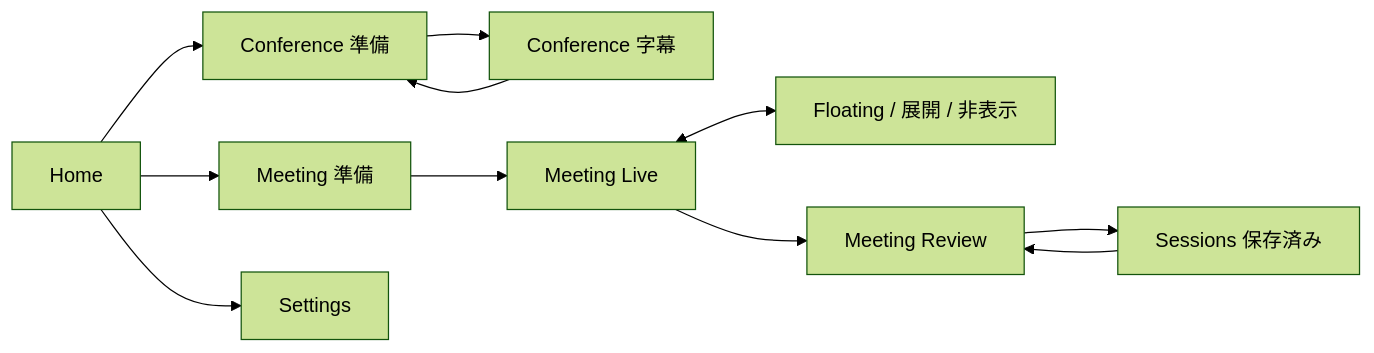
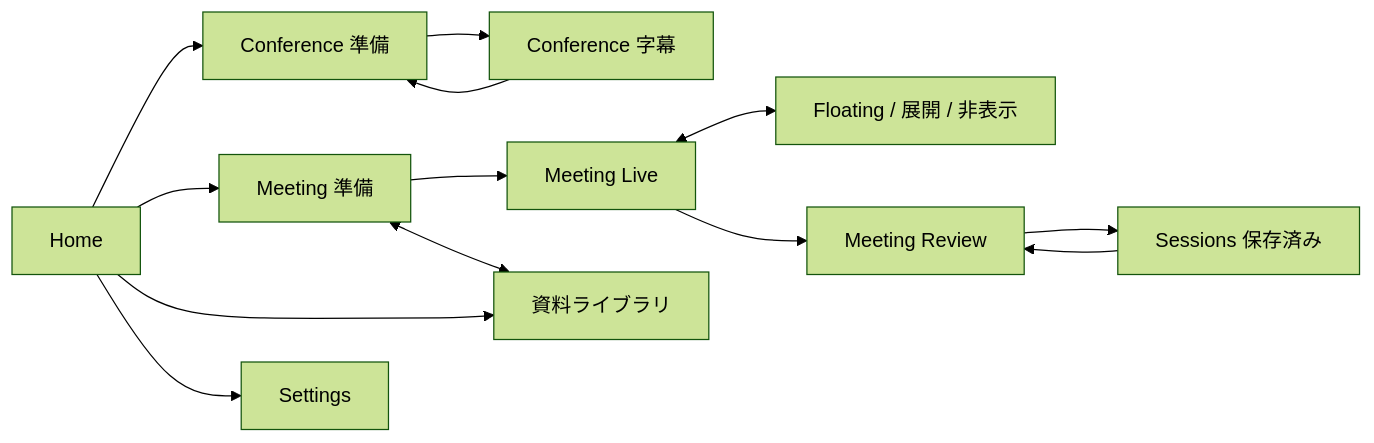
The diagram in docs/design/app-information-architecture.md (Ryuta1346/conflingo), drawn with Mermaid (forest theme) before and after one commit. The commit also changed other lines of this file and 27 other files, not shown here.

````diff
--- a/docs/design/app-information-architecture.md
+++ b/docs/design/app-information-architecture.md
@@ -25,13 +27,15 @@
 ```mermaid
 flowchart LR
   H[Home] --> CS[Conference 準備]
   CS --> CL[Conference 字幕]
   CL --> CS
   H --> MP[Meeting 準備]
   MP --> ML[Meeting Live]
   ML <--> F[Floating / 展開 / 非表示]
   ML --> MR[Meeting Review]
   MR --> S[Sessions 保存済み]
   S --> MR
+  H --> K[資料ライブラリ]
+  MP <--> K
   H --> SET[Settings]
 ```
````
